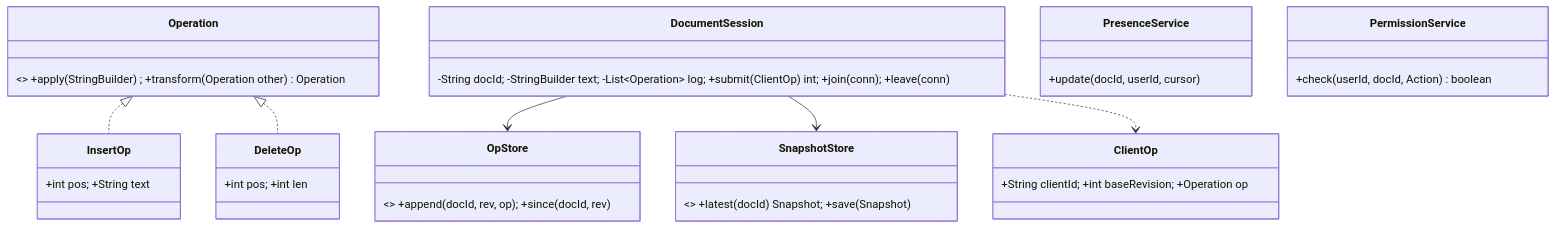
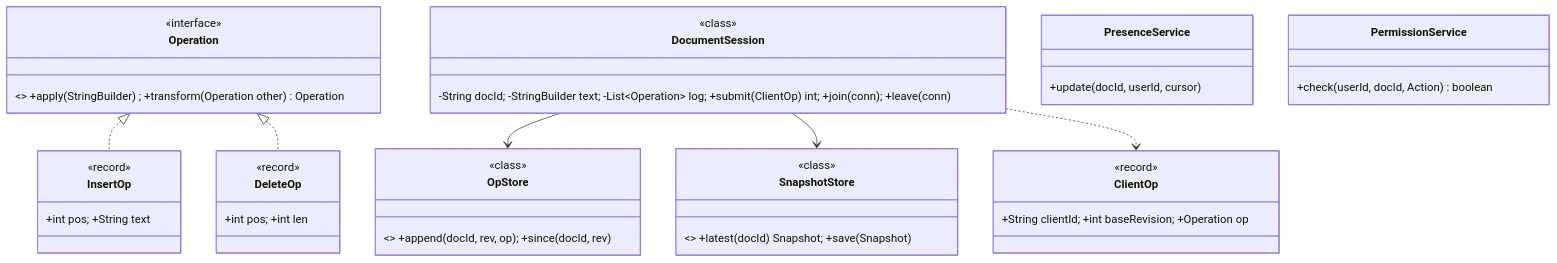
One commit to amarkum/amarkumar.guru changed the first of 2 diagrams in system-design/lld/17-google-docs.md. Above: the diagram before and after it, drawn with Mermaid. The commit also changed 27 other files, not shown here.

Commit message:
Label every UML type as interface, enumeration, abstract, record or class, add missing enums, and colour-code them.

````diff
--- a/system-design/lld/17-google-docs.md
+++ b/system-design/lld/17-google-docs.md
@@ -50,17 +50,38 @@
 ```mermaid
 classDiagram
     class Operation { <<interface>> +apply(StringBuilder) ; +transform(Operation other) Operation }
     class InsertOp { +int pos; +String text }
     class DeleteOp { +int pos; +int len }
     class ClientOp { +String clientId; +int baseRevision; +Operation op }
     class DocumentSession { -String docId; -StringBuilder text; -List~Operation~ log; +submit(ClientOp) int; +join(conn); +leave(conn) }
     class OpStore { <<interface>> +append(docId, rev, op); +since(docId, rev) }
     class SnapshotStore { <<interface>> +latest(docId) Snapshot; +save(Snapshot) }
     class PresenceService { +update(docId, userId, cursor) }
     class PermissionService { +check(userId, docId, Action) boolean }
     Operation <|.. InsertOp
     Operation <|.. DeleteOp
     DocumentSession --> OpStore
     DocumentSession --> SnapshotStore
     DocumentSession ..> ClientOp
+    class DocumentSession {
+      <<class>>
+    }
+    class ClientOp {
+      <<record>>
+    }
+    class SnapshotStore {
+      <<class>>
+    }
+    class OpStore {
+      <<class>>
+    }
+    class Operation {
+      <<interface>>
+    }
+    class DeleteOp {
+      <<record>>
+    }
+    class InsertOp {
+      <<record>>
+    }
 ```
````
